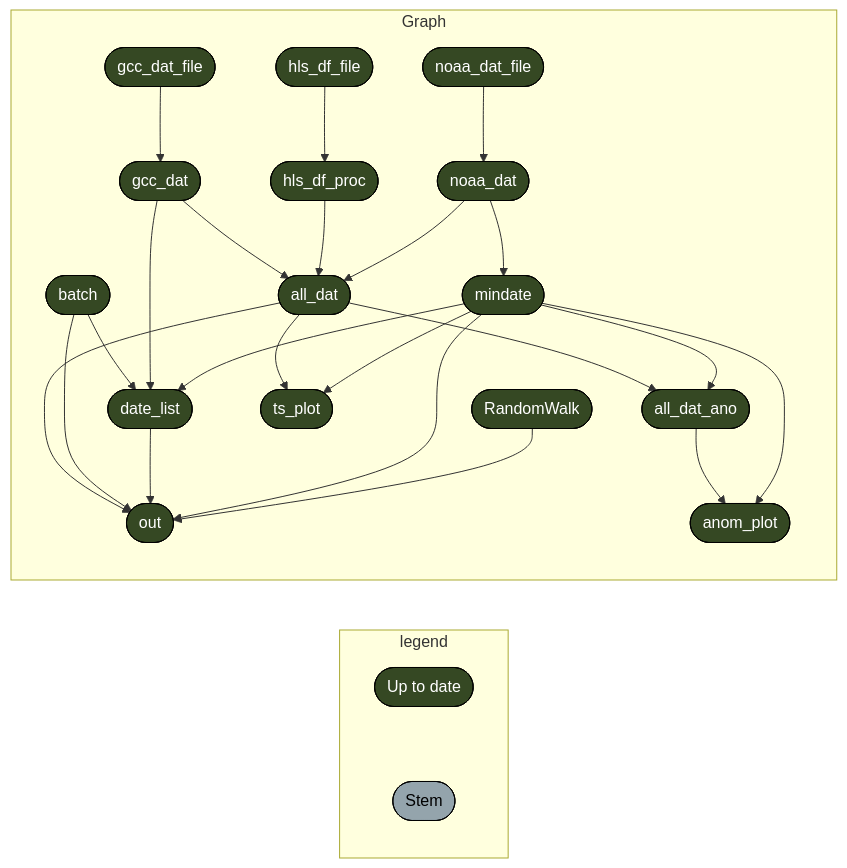
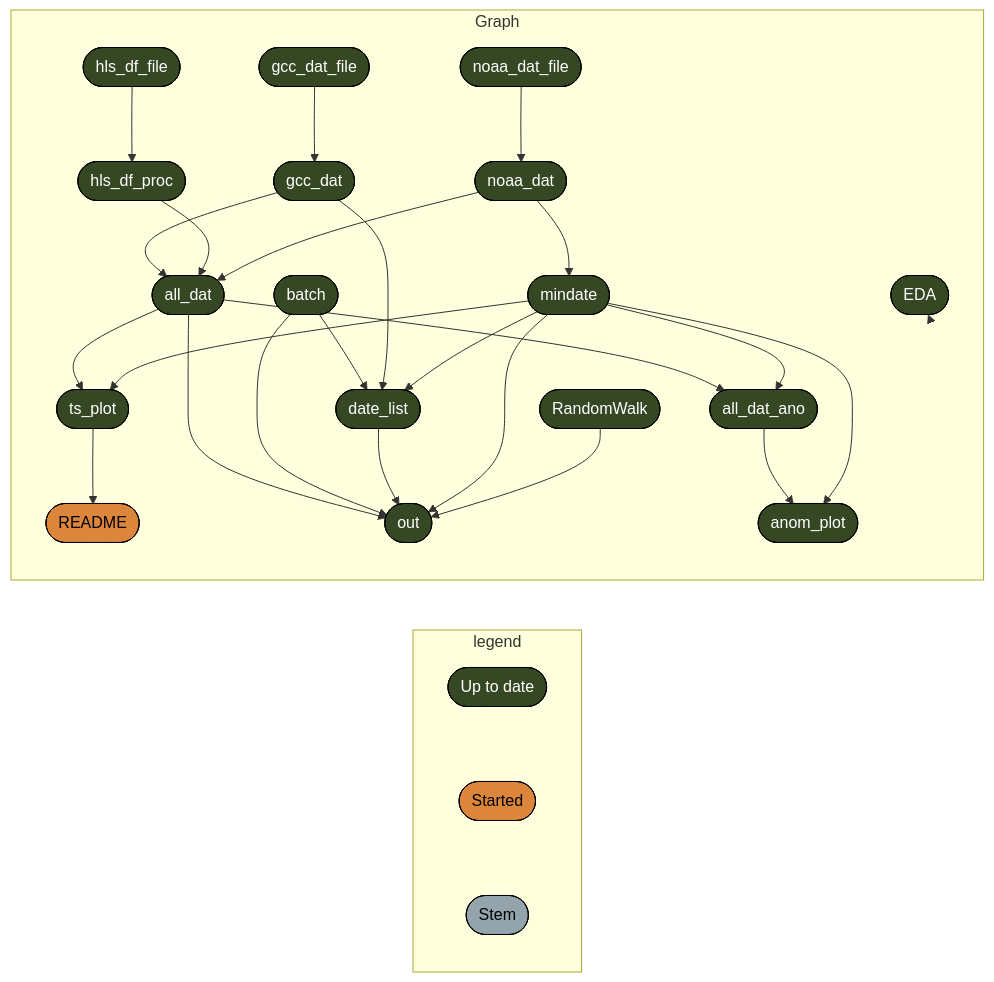
The diagram in README.md (Aariq/efi-2022-phenocam), drawn with Mermaid before and after one commit. The commit also changed other lines of this file and 4 other files, not shown here.

````diff
--- a/README.md
+++ b/README.md
@@ -19,32 +19,38 @@
 ``` mermaid
 graph LR
   subgraph legend
-    x7420bd9270f8d27d([""Up to date""]):::uptodate --- xbf4603d6c2c2ad6b([""Stem""]):::none
+    x7420bd9270f8d27d([""Up to date""]):::uptodate --- x5b3426b4c7fa7dbc([""Started""]):::started
+    x5b3426b4c7fa7dbc([""Started""]):::started --- xbf4603d6c2c2ad6b([""Stem""]):::none
   end
   subgraph Graph
     x9d9338876342a883(["all_dat"]):::uptodate --> x16fdb873ff498824(["all_dat_ano"]):::uptodate
     x68dd683e0472743b(["mindate"]):::uptodate --> x16fdb873ff498824(["all_dat_ano"]):::uptodate
     xb8d8de52ba56a7bb(["gcc_dat_file"]):::uptodate --> x250fae475e168023(["gcc_dat"]):::uptodate
     x37a4b6e78faf3120(["noaa_dat_file"]):::uptodate --> xb9d1c1bbc12ef44d(["noaa_dat"]):::uptodate
+    x32cef2290a81c584(["ts_plot"]):::uptodate --> x793b57f9be3e25d5(["README"]):::started
     x9d9338876342a883(["all_dat"]):::uptodate --> xd7adfc39060f91a9(["out"]):::uptodate
     x74653413816894b0(["batch"]):::uptodate --> xd7adfc39060f91a9(["out"]):::uptodate
     x8448797b328e6352(["date_list"]):::uptodate --> xd7adfc39060f91a9(["out"]):::uptodate
     x68dd683e0472743b(["mindate"]):::uptodate --> xd7adfc39060f91a9(["out"]):::uptodate
     x8fa3f0bfe3afe1bc(["RandomWalk"]):::uptodate --> xd7adfc39060f91a9(["out"]):::uptodate
     x18f6cc99ecb95617(["hls_df_file"]):::uptodate --> x64431175705194ee(["hls_df_proc"]):::uptodate
     x74653413816894b0(["batch"]):::uptodate --> x8448797b328e6352(["date_list"]):::uptodate
     x250fae475e168023(["gcc_dat"]):::uptodate --> x8448797b328e6352(["date_list"]):::uptodate
     x68dd683e0472743b(["mindate"]):::uptodate --> x8448797b328e6352(["date_list"]):::uptodate
     xb9d1c1bbc12ef44d(["noaa_dat"]):::uptodate --> x68dd683e0472743b(["mindate"]):::uptodate
     x9d9338876342a883(["all_dat"]):::uptodate --> x32cef2290a81c584(["ts_plot"]):::uptodate
     x68dd683e0472743b(["mindate"]):::uptodate --> x32cef2290a81c584(["ts_plot"]):::uptodate
     x16fdb873ff498824(["all_dat_ano"]):::uptodate --> xdae95d0f164d35b8(["anom_plot"]):::uptodate
     x68dd683e0472743b(["mindate"]):::uptodate --> xdae95d0f164d35b8(["anom_plot"]):::uptodate
     x250fae475e168023(["gcc_dat"]):::uptodate --> x9d9338876342a883(["all_dat"]):::uptodate
     x64431175705194ee(["hls_df_proc"]):::uptodate --> x9d9338876342a883(["all_dat"]):::uptodate
     xb9d1c1bbc12ef44d(["noaa_dat"]):::uptodate --> x9d9338876342a883(["all_dat"]):::uptodate
+    xcd447f216a0c85c5(["EDA"]):::uptodate --> xcd447f216a0c85c5(["EDA"]):::uptodate
   end
   classDef uptodate stroke:#000000,color:#ffffff,fill:#354823;
+  classDef started stroke:#000000,color:#000000,fill:#DC863B;
   classDef none stroke:#000000,color:#000000,fill:#94a4ac;
   linkStyle 0 stroke-width:0px;
+  linkStyle 1 stroke-width:0px;
+  linkStyle 24 stroke-width:0px;
 ```
````
